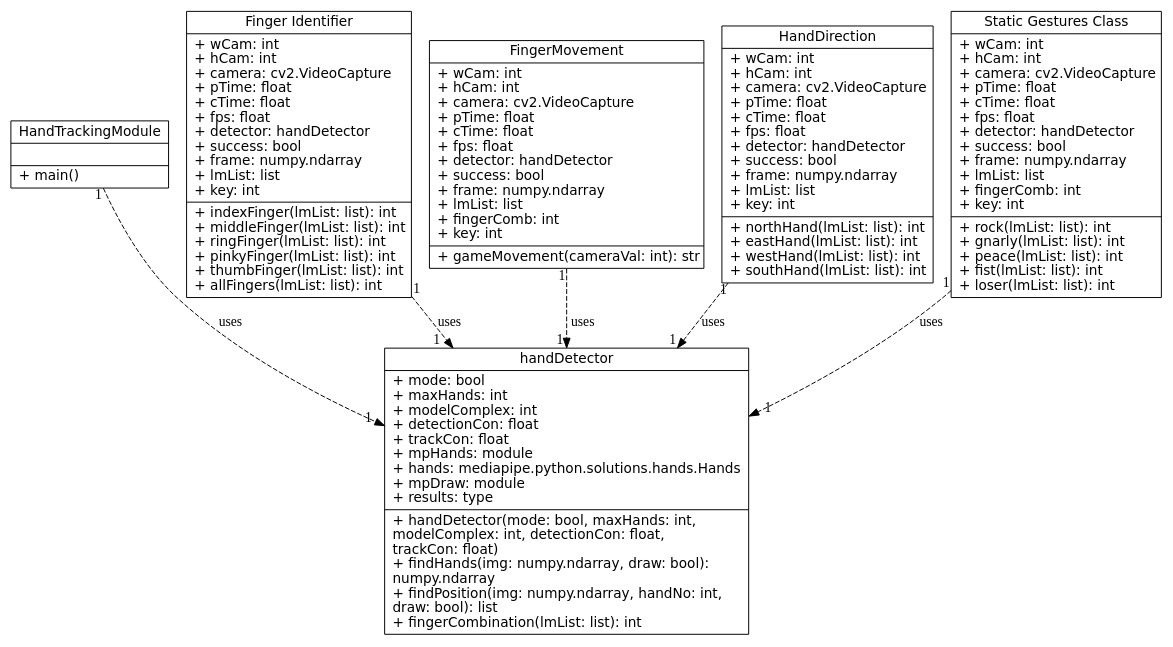
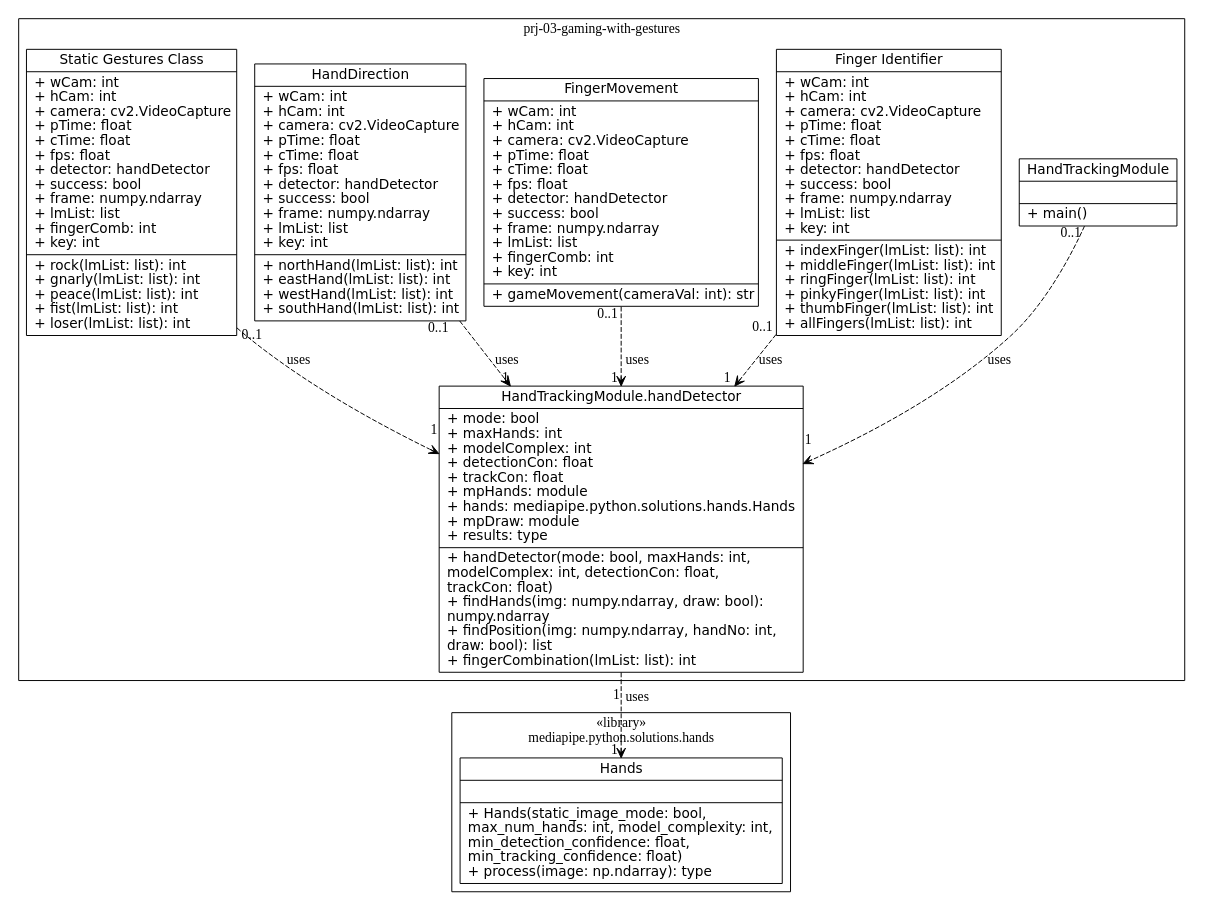
The diagram in Gestures.UML.dot (CIS3296SoftwareDesignF21/prj-03-gaming-with-gestures), drawn with Graphviz before and after one commit. The commit also changed 2 other files, not shown here.

Commit message:
added mediapipe.python.solutions.hands library to UML

```diff
--- a/Gestures.UML.dot
+++ b/Gestures.UML.dot
@@ -1,133 +1,180 @@
 digraph GamingWithGestures {
     node [
-        shape = "record"
+        shape = "record",
         fontname = "Verdana,DejaVu Sans,Bitstream Vera Sans"
     ];
 
-    HandTrackingModule [
-        label = "{\N||+
-            main()\l
-        }";
+    subgraph cluster_mediapipe_python_solutions_hands
+    {
+        label = "«library»\nmediapipe.python.solutions.hands";
+
+        Hands [
+            label = "{\N||+
+                Hands(static_image_mode: bool,\l
+                 max_num_hands: int, model_complexity: int,\l
+                 min_detection_confidence: float,\l
+                 min_tracking_confidence: float)\l+
+                process(image: np.ndarray): type\l
+            }";
+        ];
+    };
+
+    subgraph cluster_Prj03
+    {
+        label = "prj-03-gaming-with-gestures";
+
+        HandTrackingModule [
+            label = "{\N||+
+                main()\l
+            }";
+        ];
+
+        handDetector [
+            label = "{HandTrackingModule.\N
+                |+
+                    mode: bool\l+
+                    maxHands: int\l+
+                    modelComplex: int\l+
+                    detectionCon: float\l+
+                    trackCon: float\l+
+                    mpHands: module\l+
+                    hands: mediapipe.python.solutions.hands.Hands\l+
+                    mpDraw: module\l+
+                    results: type\l
+                |+
+                    handDetector(mode: bool, maxHands: int,\l
+                     modelComplex: int, detectionCon: float,\l
+                     trackCon: float)\l+
+                    findHands(img: numpy.ndarray, draw: bool):\l
+                     numpy.ndarray\l+
+                    findPosition(img: numpy.ndarray, handNo: int,\l
+                     draw: bool): list\l+
+                    fingerCombination(lmList: list): int\l
+            }"
+        ]
+
+        FingerIdentifier [
+            label = "{Finger Identifier
+                |+
+                    wCam: int\l+
+                    hCam: int\l+
+                    camera: cv2.VideoCapture\l+
+                    pTime: float\l+
+                    cTime: float\l+
+                    fps: float\l+
+                    detector: handDetector\l+
+                    success: bool\l+
+                    frame: numpy.ndarray\l+
+                    lmList: list\l+
+                    key: int\l
+                |+
+                    indexFinger(lmList: list): int\l+
+                    middleFinger(lmList: list): int\l+
+                    ringFinger(lmList: list): int\l+
+                    pinkyFinger(lmList: list): int\l+
+                    thumbFinger(lmList: list): int\l+
+                    allFingers(lmList: list): int\l
+            }"
+        ];
+
+        FingerMovement [
+            label = "{\N
+                |+
+                    wCam: int\l+
+                    hCam: int\l+
+                    camera: cv2.VideoCapture\l+
+                    pTime: float\l+
+                    cTime: float\l+
+                    fps: float\l+
+                    detector: handDetector\l+
+                    success: bool\l+
+                    frame: numpy.ndarray\l+
+                    lmList: list\l+
+                    fingerComb: int\l+
+                    key: int\l
+                |+
+                    gameMovement(cameraVal: int): str\l
+            }"
+        ]
+
+        HandDirection [
+            label = "{\N
+                |+
+                    wCam: int\l+
+                    hCam: int\l+
+                    camera: cv2.VideoCapture\l+
+                    pTime: float\l+
+                    cTime: float\l+
+                    fps: float\l+
+                    detector: handDetector\l+
+                    success: bool\l+
+                    frame: numpy.ndarray\l+
+                    lmList: list\l+
+                    key: int\l
+                |+
+                    northHand(lmList: list): int\l+
+                    eastHand(lmList: list): int\l+
+                    westHand(lmList: list): int\l+
+                    southHand(lmList: list): int\l
+            }"
+        ];
+
+        StaticGesturesClass [
+            label = "{Static Gestures Class
+                |+
+                    wCam: int\l+
+                    hCam: int\l+
+                    camera: cv2.VideoCapture\l+
+                    pTime: float\l+
+                    cTime: float\l+
+                    fps: float\l+
+                    detector: handDetector\l+
+                    success: bool\l+
+                    frame: numpy.ndarray\l+
+                    lmList: list\l+
+                    fingerComb: int\l+
+                    key: int\l
+                |+
+                    rock(lmList: list): int\l+
+                    gnarly(lmList: list): int\l+
+                    peace(lmList: list): int\l+
+                    fist(lmList: list): int\l+
+                    loser(lmList: list): int\l
+            }"
+        ];
+
+    };
+
+    handDetector -> Hands [
+        style="dashed", label="uses",
+        taillabel="\n1",
+        arrowhead="vee", headlabel="1 "
+    ]
+
+    HandTrackingModule -> handDetector [
+        style="dashed", label="uses",
+        taillabel="0..1",
+        arrowhead="vee", headlabel="1\n\n"
+    ];
+    FingerIdentifier -> handDetector [
+        style="dashed", label="uses",
+        taillabel="0..1",
+        arrowhead="vee", headlabel="   1"
+    ];
+    FingerMovement -> handDetector [
+        style="dashed", label="uses",
+        taillabel="0..1",
+        arrowhead="vee", headlabel="1 "
+    ];
+    HandDirection -> handDetector [
+        style="dashed", label="uses",
+        taillabel="0..1  ",
+        arrowhead="vee", headlabel="1\n"
+    ];
+    StaticGesturesClass -> handDetector [
+        style="dashed", label="uses",
+        taillabel="0..1   ",
+        arrowhead="vee", headlabel="1\n\n"
     ];
 
-    handDetector [
-        label = "{\N
-            |+
-                mode: bool\l+
-                maxHands: int\l+
-                modelComplex: int\l+
-                detectionCon: float\l+
-                trackCon: float\l+
-                mpHands: module\l+
-                hands: mediapipe.python.solutions.hands.Hands\l+
-                mpDraw: module\l+
-                results: type\l
-            |+
-                handDetector(mode: bool, maxHands: int,\l
-                 modelComplex: int, detectionCon: float,\l
-                 trackCon: float)\l+
-                findHands(img: numpy.ndarray, draw: bool):\l
-                 numpy.ndarray\l+
-                findPosition(img: numpy.ndarray, handNo: int,\l
-                 draw: bool): list\l+
-                fingerCombination(lmList: list): int\l
-        }"
-    ]
-
-    FingerIdentifier [
-        label = "{Finger Identifier
-            |+
-                wCam: int\l+
-                hCam: int\l+
-                camera: cv2.VideoCapture\l+
-                pTime: float\l+
-                cTime: float\l+
-                fps: float\l+
-                detector: handDetector\l+
-                success: bool\l+
-                frame: numpy.ndarray\l+
-                lmList: list\l+
-                key: int\l
-            |+
-                indexFinger(lmList: list): int\l+
-                middleFinger(lmList: list): int\l+
-                ringFinger(lmList: list): int\l+
-                pinkyFinger(lmList: list): int\l+
-                thumbFinger(lmList: list): int\l+
-                allFingers(lmList: list): int\l
-        }"
-    ];
-
-    FingerMovement [
-        label = "{\N
-            |+
-                wCam: int\l+
-                hCam: int\l+
-                camera: cv2.VideoCapture\l+
-                pTime: float\l+
-                cTime: float\l+
-                fps: float\l+
-                detector: handDetector\l+
-                success: bool\l+
-                frame: numpy.ndarray\l+
-                lmList: list\l+
-                fingerComb: int\l+
-                key: int\l
-            |+
-                gameMovement(cameraVal: int): str\l
-        }"
-    ]
-
-    HandDirection [
-        label = "{\N
-            |+
-                wCam: int\l+
-                hCam: int\l+
-                camera: cv2.VideoCapture\l+
-                pTime: float\l+
-                cTime: float\l+
-                fps: float\l+
-                detector: handDetector\l+
-                success: bool\l+
-                frame: numpy.ndarray\l+
-                lmList: list\l+
-                key: int\l
-            |+
-                northHand(lmList: list): int\l+
-                eastHand(lmList: list): int\l+
-                westHand(lmList: list): int\l+
-                southHand(lmList: list): int\l
-        }"
-    ];
-
-    StaticGesturesClass [
-        label = "{Static Gestures Class
-            |+
-                wCam: int\l+
-                hCam: int\l+
-                camera: cv2.VideoCapture\l+
-                pTime: float\l+
-                cTime: float\l+
-                fps: float\l+
-                detector: handDetector\l+
-                success: bool\l+
-                frame: numpy.ndarray\l+
-                lmList: list\l+
-                fingerComb: int\l+
-                key: int\l
-            |+
-                rock(lmList: list): int\l+
-                gnarly(lmList: list): int\l+
-                peace(lmList: list): int\l+
-                fist(lmList: list): int\l+
-                loser(lmList: list): int\l
-        }"
-    ]
-
-    HandTrackingModule -> handDetector [style="dashed", taillabel="1", label="uses", headlabel="1   "];
-    FingerIdentifier -> handDetector [style="dashed", taillabel="1", label="uses", headlabel="1   "];
-    FingerMovement -> handDetector [style="dashed", taillabel="1", label="uses", headlabel="1 "];
-    HandDirection -> handDetector [style="dashed", taillabel="1", label="uses", headlabel="1"];
-    StaticGesturesClass -> handDetector [style="dashed", taillabel="1", label="uses", headlabel="    1"];
-    
 }
```
